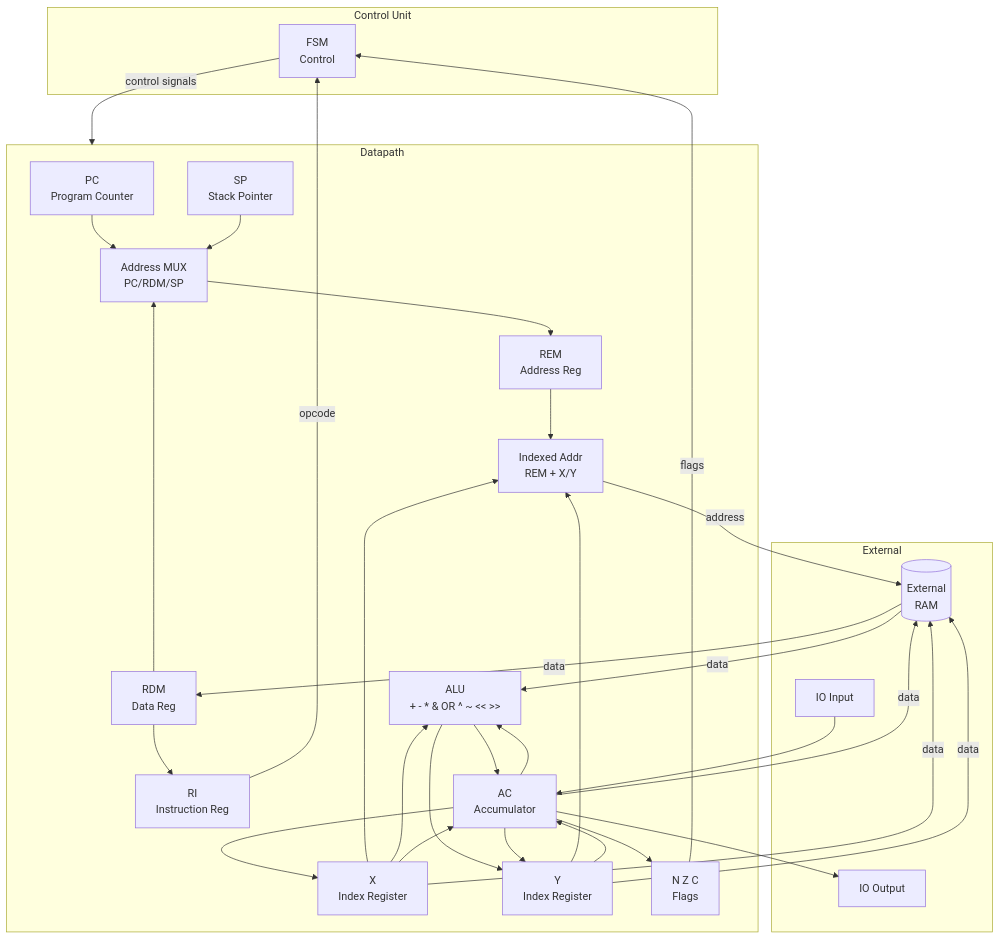
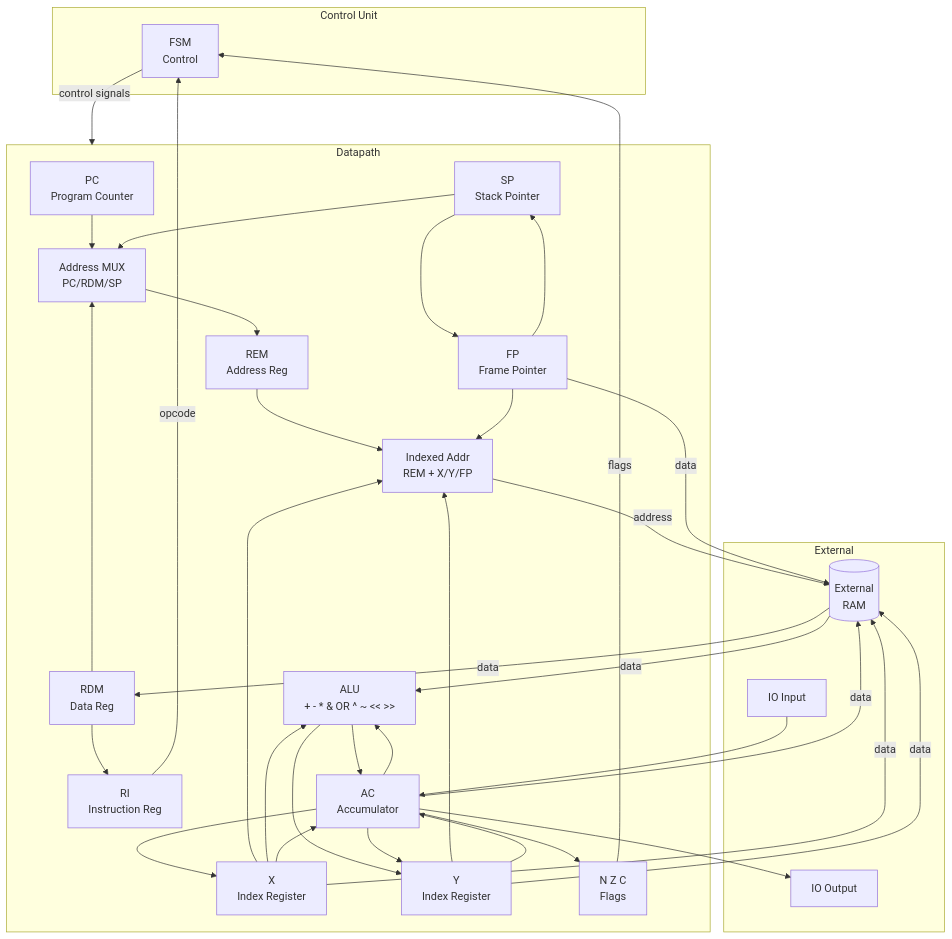
One commit to leonardoaraujosantos/neander_tinytapeout_2026 changed the diagram in README.md. Above: the diagram before and after it, drawn with Mermaid. The commit also changed other lines of this file and 7 other files, not shown here.

First line of the commit message:
Add Frame Pointer (FP) register extension for C compiler support

````diff
--- a/README.md
+++ b/README.md
@@ -179,57 +216,62 @@
 ```mermaid
 graph TB
     subgraph Control Unit
         FSM[FSM<br/>Control]
     end
 
     subgraph Datapath
         PC[PC<br/>Program Counter]
         SP[SP<br/>Stack Pointer]
+        FP[FP<br/>Frame Pointer]
         X[X<br/>Index Register]
         Y[Y<br/>Index Register]
         RI[RI<br/>Instruction Reg]
         REM[REM<br/>Address Reg]
         RDM[RDM<br/>Data Reg]
         AC[AC<br/>Accumulator]
         ALU[ALU<br/>+ - * & OR ^ ~ << >>]
         NZC[N Z C<br/>Flags]
         MUX[Address MUX<br/>PC/RDM/SP]
-        IDX[Indexed Addr<br/>REM + X/Y]
+        IDX[Indexed Addr<br/>REM + X/Y/FP]
     end
 
     subgraph External
         RAM[(External<br/>RAM)]
         IO_IN[IO Input]
         IO_OUT[IO Output]
     end
 
     FSM -->|control signals| Datapath
     RI -->|opcode| FSM
     NZC -->|flags| FSM
 
     PC --> MUX
     RDM --> MUX
     SP --> MUX
     MUX --> REM
     REM --> IDX
     X --> IDX
     Y --> IDX
+    FP --> IDX
     IDX -->|address| RAM
     RAM -->|data| RDM
     RDM --> RI
     AC --> ALU
     X --> ALU
     ALU --> AC
     ALU --> Y
     AC --> X
     AC --> Y
     X --> AC
     Y --> AC
+    SP --> FP
+    FP --> SP
     RAM -->|data| ALU
     AC --> NZC
     AC -->|data| RAM
     X -->|data| RAM
     Y -->|data| RAM
+    FP -->|data| RAM
     IO_IN --> AC
     AC --> IO_OUT
 ```
````
